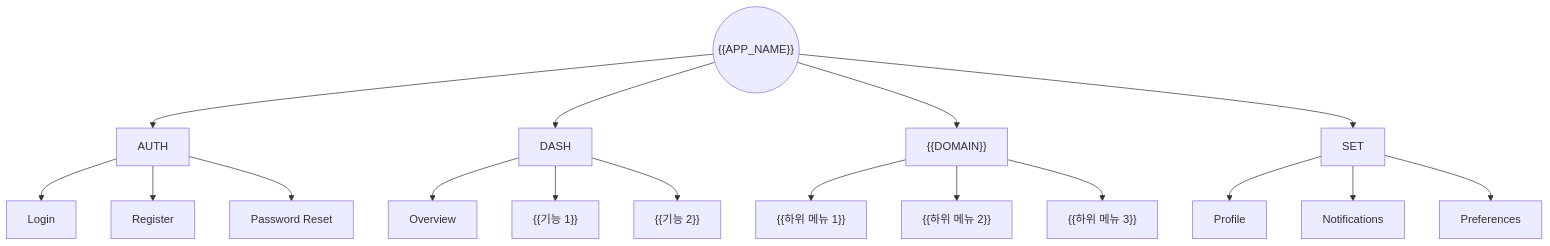
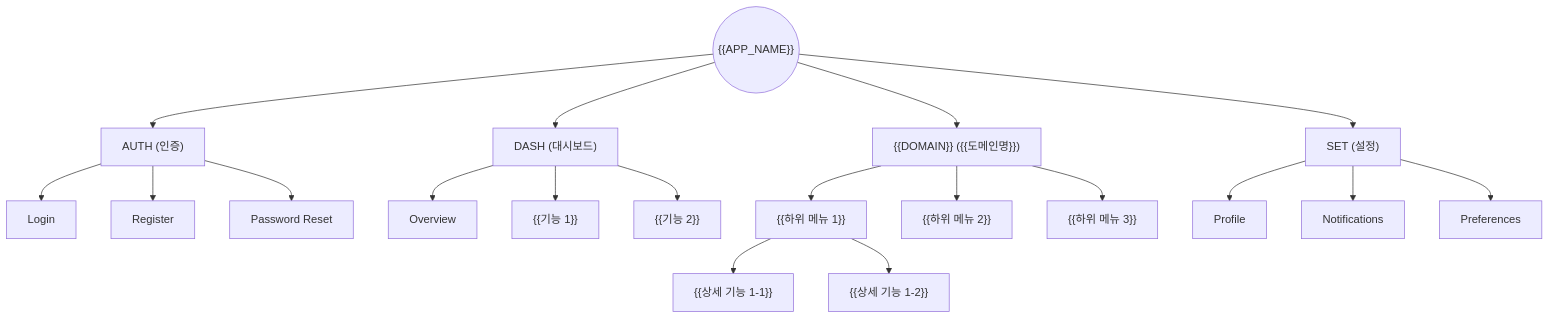
Before and after one commit to upleat-ax/u-maker-plugin: the first of 6 diagrams in templates/01-plan/1_IA_RA.template.md, drawn with Mermaid. The commit also changed other lines of this file and 9 other files, not shown here.

First line of the commit message:
feat(plugin): enforce safe mermaid labels and QA unit+e2e coverage

````diff
--- a/templates/01-plan/1_IA_RA.template.md
+++ b/templates/01-plan/1_IA_RA.template.md
@@ -57,20 +59,34 @@
 ```mermaid
 flowchart TD
     ROOT(("{{APP_NAME}}"))
-    ROOT --> AUTH["AUTH"]
-    ROOT --> DASH["DASH"]
-    ROOT --> DOMAIN["{{DOMAIN}}"]
-    ROOT --> SET["SET"]
+    
+    %% Depth 1
+    ROOT --> AUTH["AUTH (인증)"]
+    ROOT --> DASH["DASH (대시보드)"]
+    ROOT --> DOMAIN["{{DOMAIN}} ({{도메인명}})"]
+    ROOT --> SET["SET (설정)"]
+    
+    %% Depth 2: AUTH
     AUTH --> A1["Login"]
     AUTH --> A2["Register"]
     AUTH --> A3["Password Reset"]
+    
+    %% Depth 2: DASH
     DASH --> D1["Overview"]
     DASH --> D2["{{기능 1}}"]
     DASH --> D3["{{기능 2}}"]
+    
+    %% Depth 2: DOMAIN
     DOMAIN --> M1["{{하위 메뉴 1}}"]
     DOMAIN --> M2["{{하위 메뉴 2}}"]
     DOMAIN --> M3["{{하위 메뉴 3}}"]
+    
+    %% Depth 3 (예시)
+    M1 --> M1_1["{{상세 기능 1-1}}"]
+    M1 --> M1_2["{{상세 기능 1-2}}"]
+    
+    %% Depth 2: SET
     SET --> S1["Profile"]
     SET --> S2["Notifications"]
     SET --> S3["Preferences"]
 ```
````
